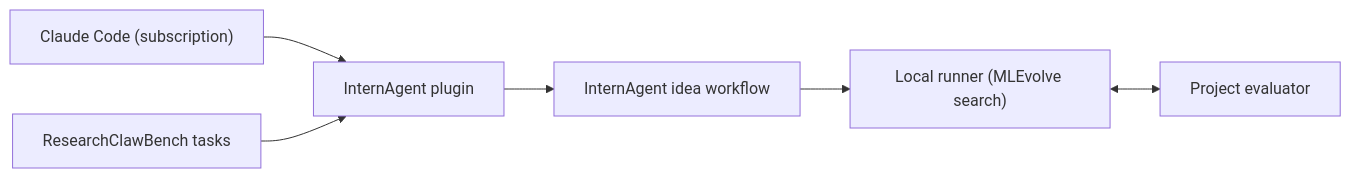
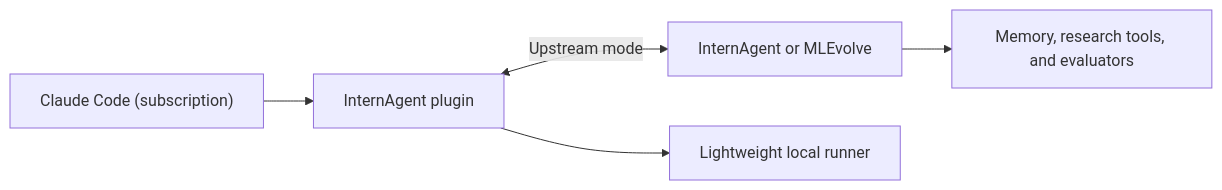
Before and after one commit to rexkwoncode/internagent-claude: the second of 2 diagrams in README.md, drawn with Mermaid. The commit also changed other lines of this file and 10 other files, not shown here.

````diff
--- a/README.md
+++ b/README.md
@@ -30,8 +32,7 @@
 ```mermaid
 flowchart LR
     Claude["Claude Code (subscription)"] --> Plugin["InternAgent plugin"]
-    Plugin --> Discovery["InternAgent idea workflow"]
-    Discovery --> Runner["Local runner (MLEvolve search)"]
-    Runner <--> Evaluator["Project evaluator"]
-    ResearchClaw["ResearchClawBench tasks"] --> Plugin
+    Plugin <-->|Upstream mode| Engine["InternAgent or MLEvolve"]
+    Engine --> Sources["Memory, research tools, and evaluators"]
+    Plugin --> Runner["Lightweight local runner"]
 ```
````
